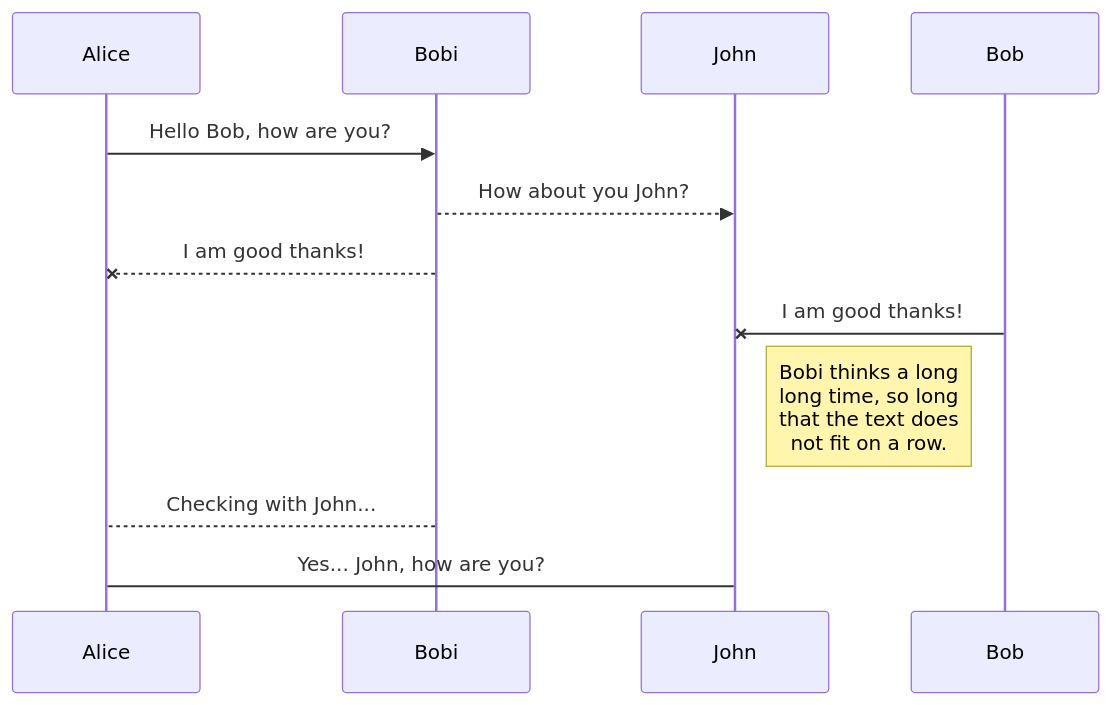
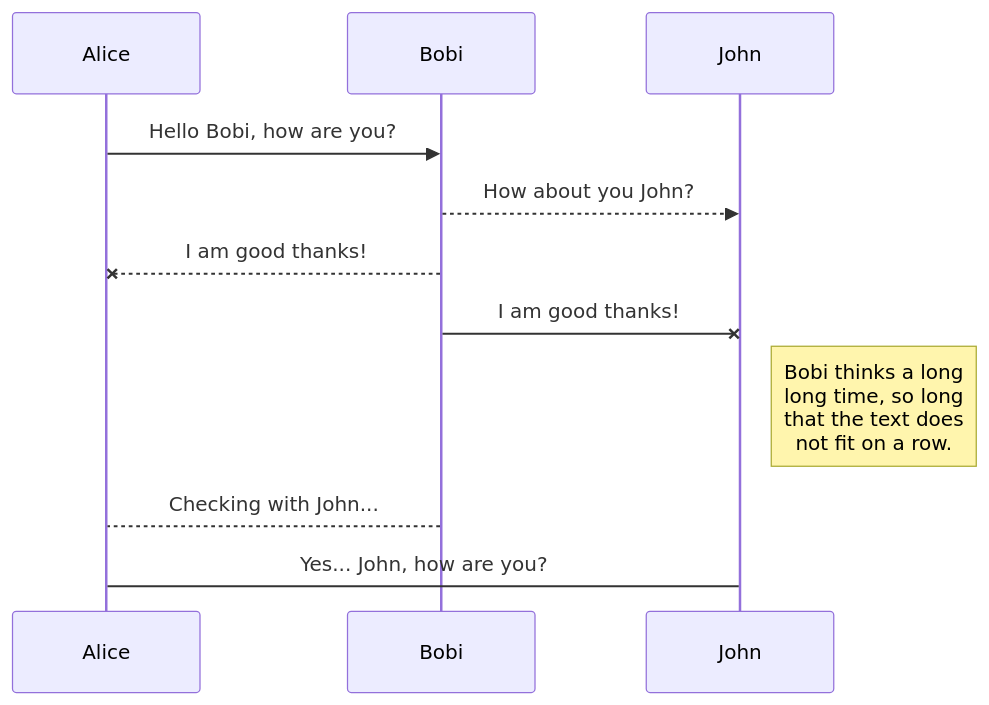
One commit to drshahizan/learn-github changed the first of 2 diagrams in exercise/TIS/hyloh/exer3.md. Above: the diagram before and after it, drawn with Mermaid.

````diff
--- a/exercise/TIS/hyloh/exer3.md
+++ b/exercise/TIS/hyloh/exer3.md
@@ -17,11 +17,11 @@
 ```mermaid
 sequenceDiagram
-Alice ->> Bobi: Hello Bob, how are you?
+Alice ->> Bobi: Hello Bobi, how are you?
 Bobi-->>John: How about you John?
 Bobi--x Alice: I am good thanks!
-Bob-x John: I am good thanks!
+Bobi-x John: I am good thanks!
 Note right of John: Bobi thinks a long<br/>long time, so long<br/>that the text does<br/>not fit on a row.
 
 Bobi-->Alice: Checking with John...
 Alice->John: Yes... John, how are you?
 ```
````
